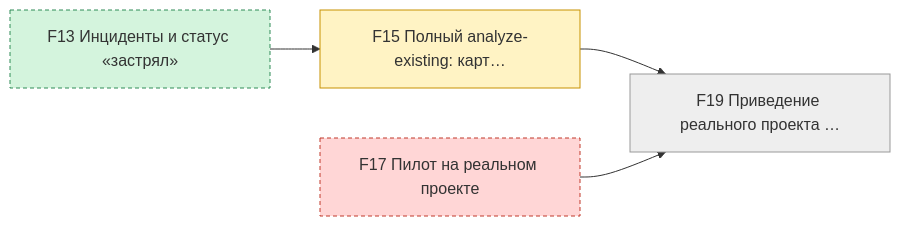
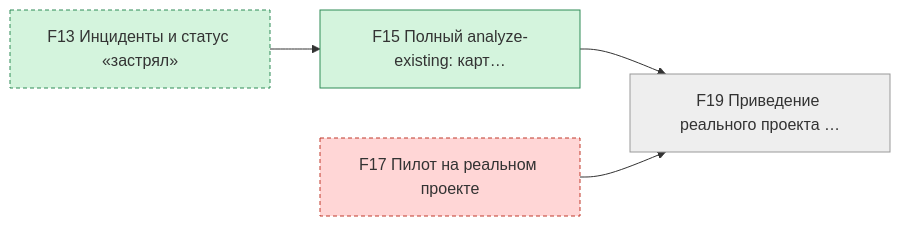
The fourth of 6 diagrams in state/STATUS.md (pete-doc/project-architect), drawn with Mermaid before and after one commit. The commit also changed other lines of this file and 2 other files, not shown here.

````diff
--- a/state/STATUS.md
+++ b/state/STATUS.md
@@ -119,20 +114,19 @@
 ```mermaid
 graph LR
   F15["F15 Полный analyze-existing: карт…"]
   F19["F19 Приведение реального проекта …"]
   F13["F13 Инциденты и статус «застрял»"]
   F17["F17 Пилот на реальном проекте"]
   F13 --> F15
   F15 --> F19
   F17 --> F19
   classDef done fill:#d4f4dd,stroke:#2e8b57
   classDef work fill:#fff3c4,stroke:#c79100
   classDef blocked fill:#ffd6d6,stroke:#c0392b
   classDef later fill:#eeeeee,stroke:#999999
   classDef outside stroke-dasharray: 4 3
-  class F13 done
-  class F15 work
+  class F15,F13 done
   class F17 blocked
   class F19 later
   class F13,F17 outside
 ```
````
